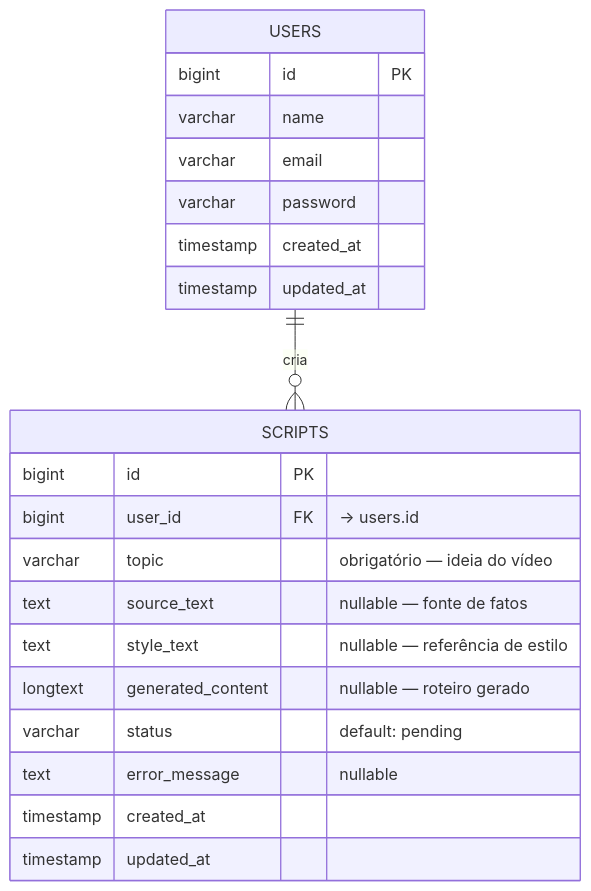
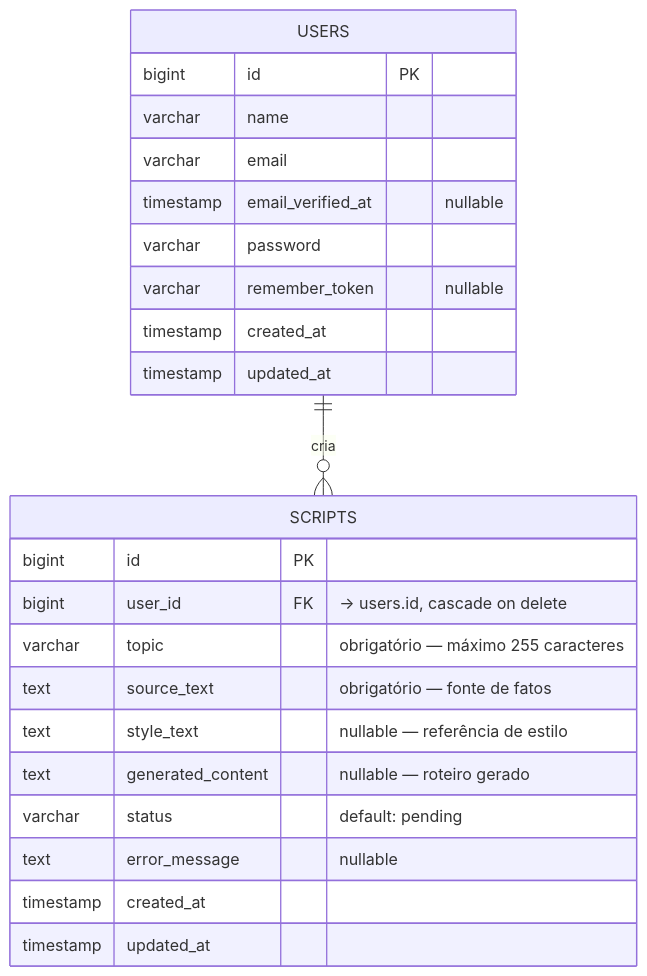
Before and after one commit to HenriqueBossle/ai-proj-script-api: the first of 3 diagrams in dbschema.md, drawn with Mermaid. The commit also changed other lines of this file and 8 other files, not shown here.

````diff
--- a/dbschema.md
+++ b/dbschema.md
@@ -2,26 +2,28 @@
 ```mermaid
 erDiagram
     USERS ||--o{ SCRIPTS : "cria"
 
     USERS {
         bigint id PK
         varchar name
         varchar email
+        timestamp email_verified_at "nullable"
         varchar password
+        varchar remember_token "nullable"
         timestamp created_at
         timestamp updated_at
     }
 
     SCRIPTS {
         bigint id PK
-        bigint user_id FK "→ users.id"
-        varchar topic "obrigatório — ideia do vídeo"
-        text source_text "nullable — fonte de fatos"
+        bigint user_id FK "→ users.id, cascade on delete"
+        varchar topic "obrigatório — máximo 255 caracteres"
+        text source_text "obrigatório — fonte de fatos"
         text style_text "nullable — referência de estilo"
-        longtext generated_content "nullable — roteiro gerado"
+        text generated_content "nullable — roteiro gerado"
         varchar status "default: pending"
         text error_message "nullable"
         timestamp created_at
         timestamp updated_at
     }
 ```
````
